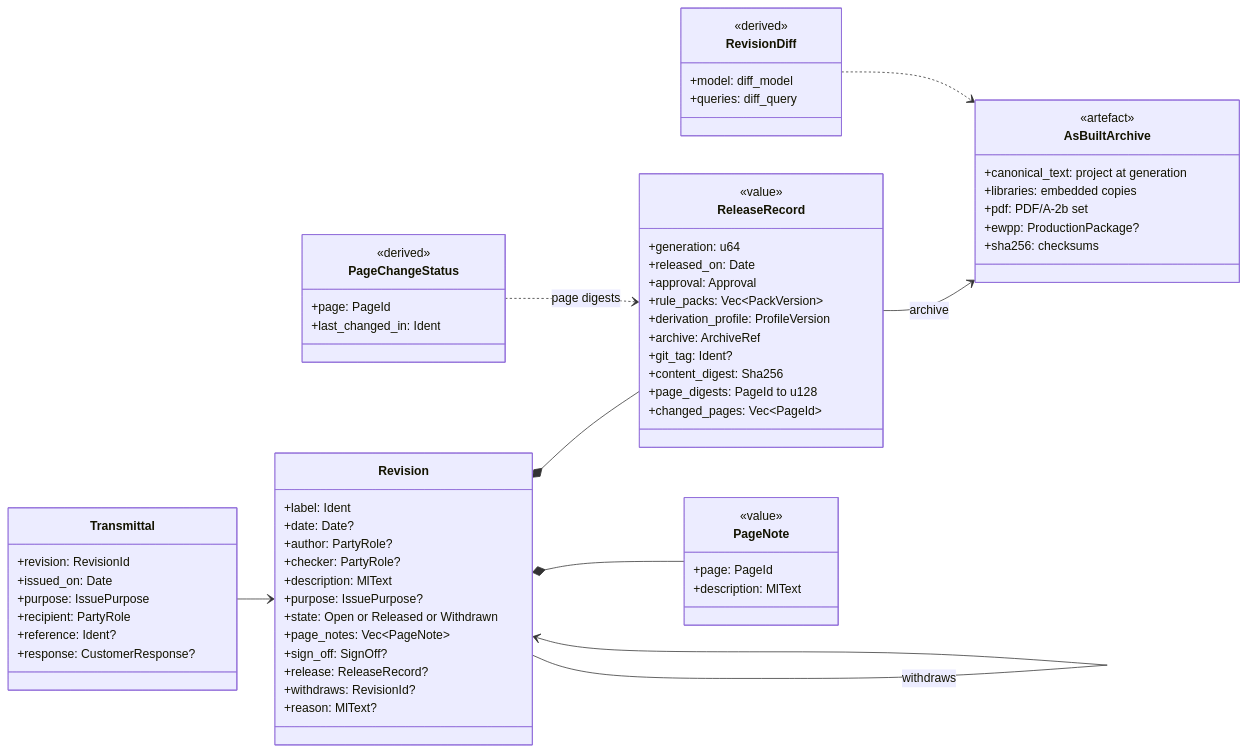
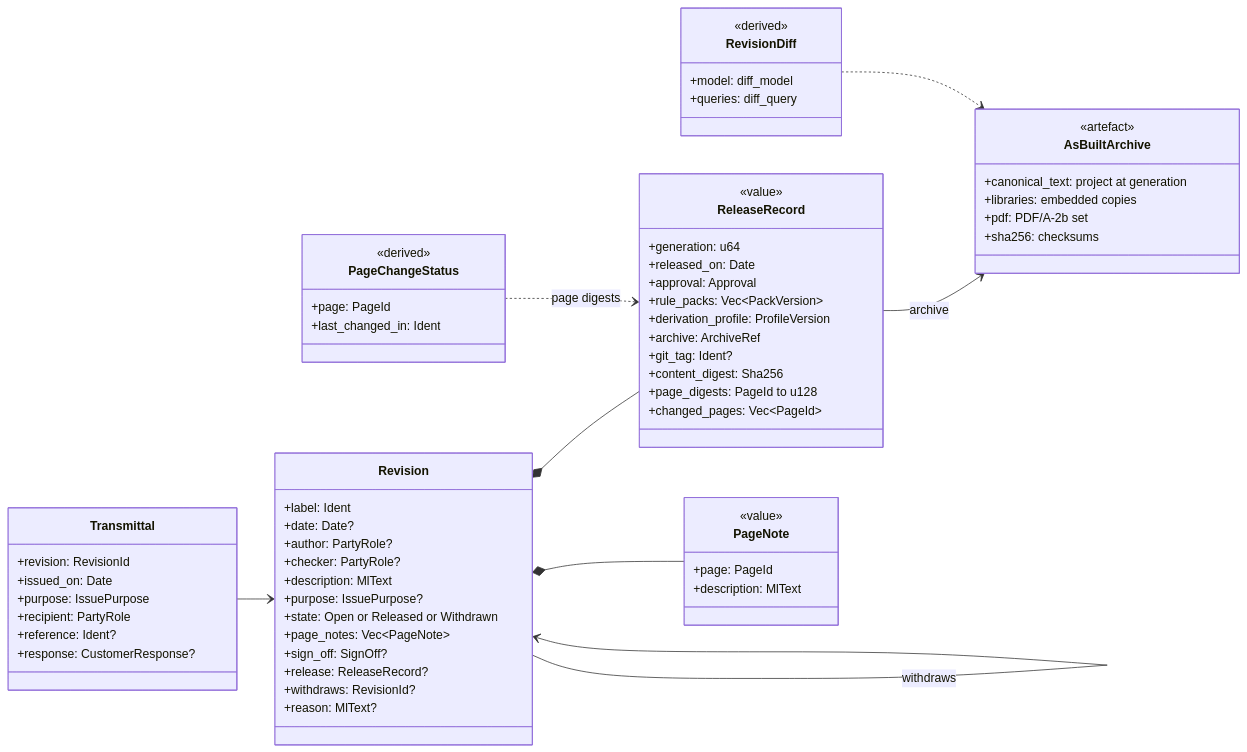
One commit to Ironkode787/ElektraWatt changed the sixth of 7 diagrams in docs/design/03-areas.md. Above: the diagram before and after it, drawn with Mermaid. The commit also changed other lines of this file and 22 other files, not shown here.

First line of the commit message:
docs(design): the production package, export profiles and the check before export

````diff
--- a/docs/design/03-areas.md
+++ b/docs/design/03-areas.md
@@ -474,69 +474,68 @@
 ```mermaid
 classDiagram
   direction LR
   class Revision {
     +label: Ident
     +date: Date?
     +author: PartyRole?
     +checker: PartyRole?
     +description: MlText
     +purpose: IssuePurpose?
     +state: Open or Released or Withdrawn
     +page_notes: Vec~PageNote~
     +sign_off: SignOff?
     +release: ReleaseRecord?
     +withdraws: RevisionId?
     +reason: MlText?
   }
   class ReleaseRecord {
     <<value>>
     +generation: u64
     +released_on: Date
     +approval: Approval
     +rule_packs: Vec~PackVersion~
     +derivation_profile: ProfileVersion
     +archive: ArchiveRef
     +git_tag: Ident?
     +content_digest: Sha256
     +page_digests: PageId to u128
     +changed_pages: Vec~PageId~
   }
   class Transmittal {
     +revision: RevisionId
     +issued_on: Date
     +purpose: IssuePurpose
     +recipient: PartyRole
     +reference: Ident?
     +response: CustomerResponse?
   }
   class AsBuiltArchive {
     <<artefact>>
     +canonical_text: project at generation
     +libraries: embedded copies
     +pdf: PDF/A-2b set
-    +ewpp: ProductionPackage?
     +sha256: checksums
   }
   class PageChangeStatus {
     <<derived>>
     +page: PageId
     +last_changed_in: Ident
   }
   class RevisionDiff {
     <<derived>>
     +model: diff_model
     +queries: diff_query
   }
   class PageNote {
     <<value>>
     +page: PageId
     +description: MlText
   }
   Revision *-- PageNote
   Revision *-- ReleaseRecord
   Revision --> Revision : withdraws
   Transmittal --> Revision
   ReleaseRecord --> AsBuiltArchive : archive
   PageChangeStatus ..> ReleaseRecord : page digests
   RevisionDiff ..> AsBuiltArchive
 ```
````
